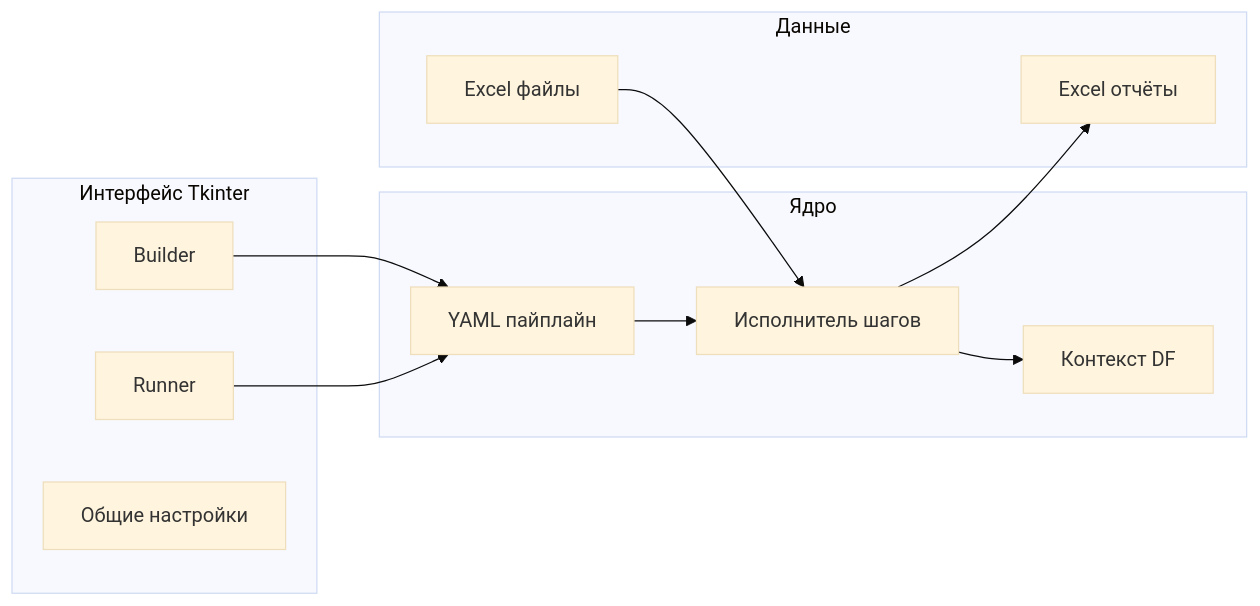
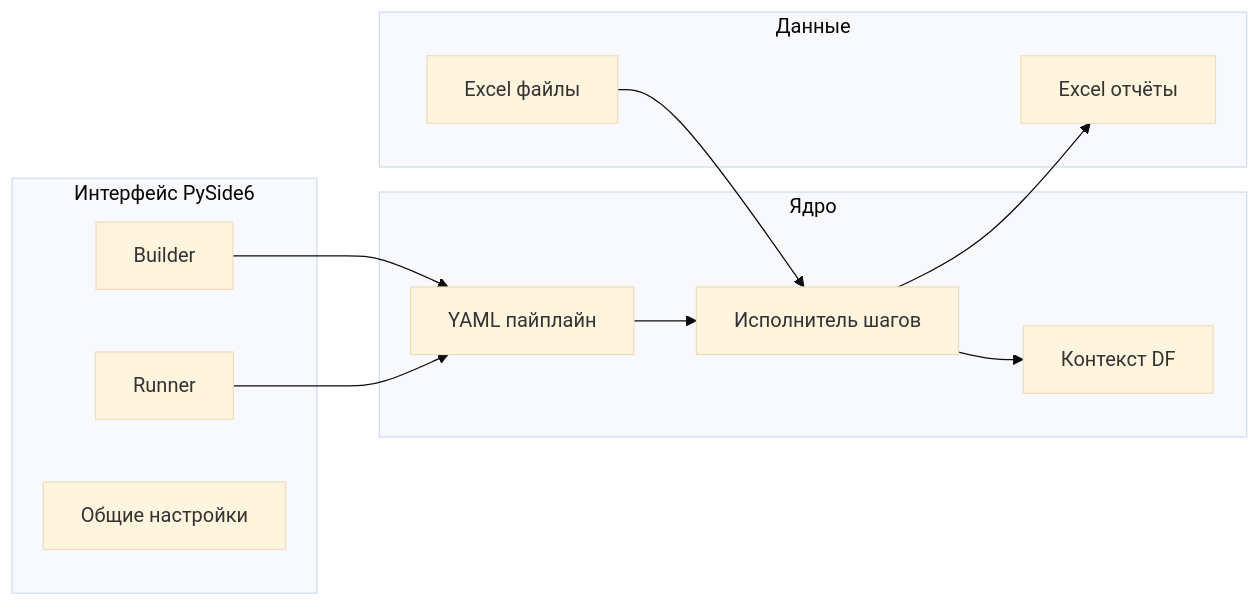
The diagram in docs/01_ПРЕЗЕНТАЦИЯ.md (KovtunDV/ExcelForge2), drawn with Mermaid (base theme) before and after one commit. The commit also changed other lines of this file and 79 other files, not shown here.

````diff
--- a/docs/01_ПРЕЗЕНТАЦИЯ.md
+++ b/docs/01_ПРЕЗЕНТАЦИЯ.md
@@ -52,23 +52,23 @@
 ```mermaid
 flowchart LR
-  subgraph UI [Интерфейс Tkinter]
+  subgraph UI [Интерфейс PySide6]
     R[Runner]
     B[Builder]
     S[Общие настройки]
   end
   subgraph Core [Ядро]
     Y[YAML пайплайн]
     P[Исполнитель шагов]
     C[Контекст DF]
   end
   subgraph Data [Данные]
     E1[Excel файлы]
     E2[Excel отчёты]
   end
   B --> Y
   R --> Y
   Y --> P
   P --> C
   E1 --> P
   P --> E2
 ```
````
